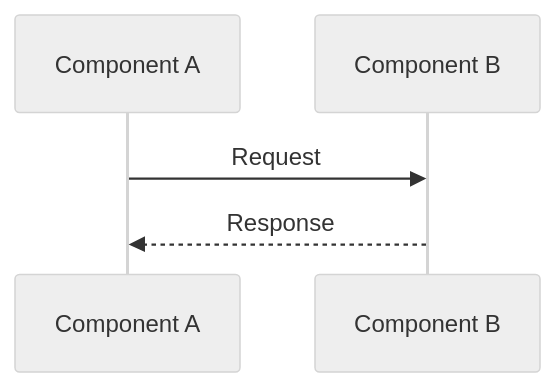
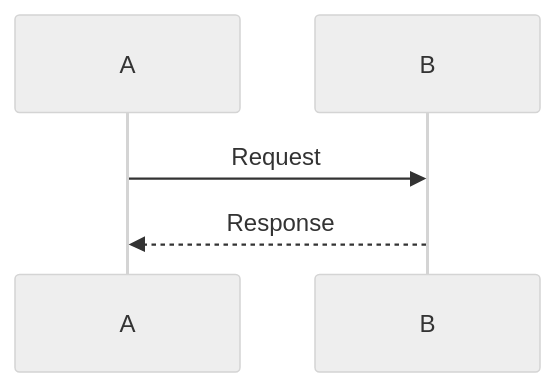
One commit to amitdevx/TY changed the third of 3 diagrams in 09-Templates/Unit-Template.md. Above: the diagram before and after it, drawn with Mermaid (neutral theme). The commit also changed other lines of this file and 65 other files, not shown here.

Commit message:
fix:graph vertical

````diff
--- a/09-Templates/Unit-Template.md
+++ b/09-Templates/Unit-Template.md
@@ -159,7 +159,7 @@
 ```mermaid
 sequenceDiagram
-    participant A as Component A
-    participant B as Component B
+    participant A
+    participant B
     A->>B: Request
     B-->>A: Response
 ```
````
